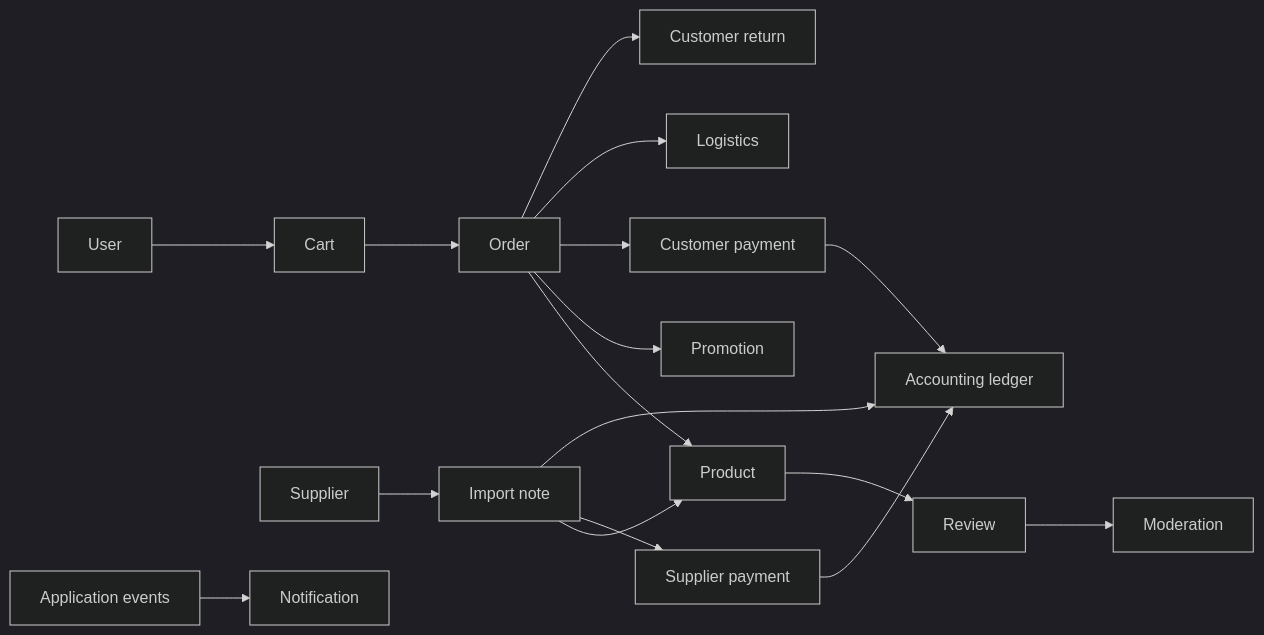
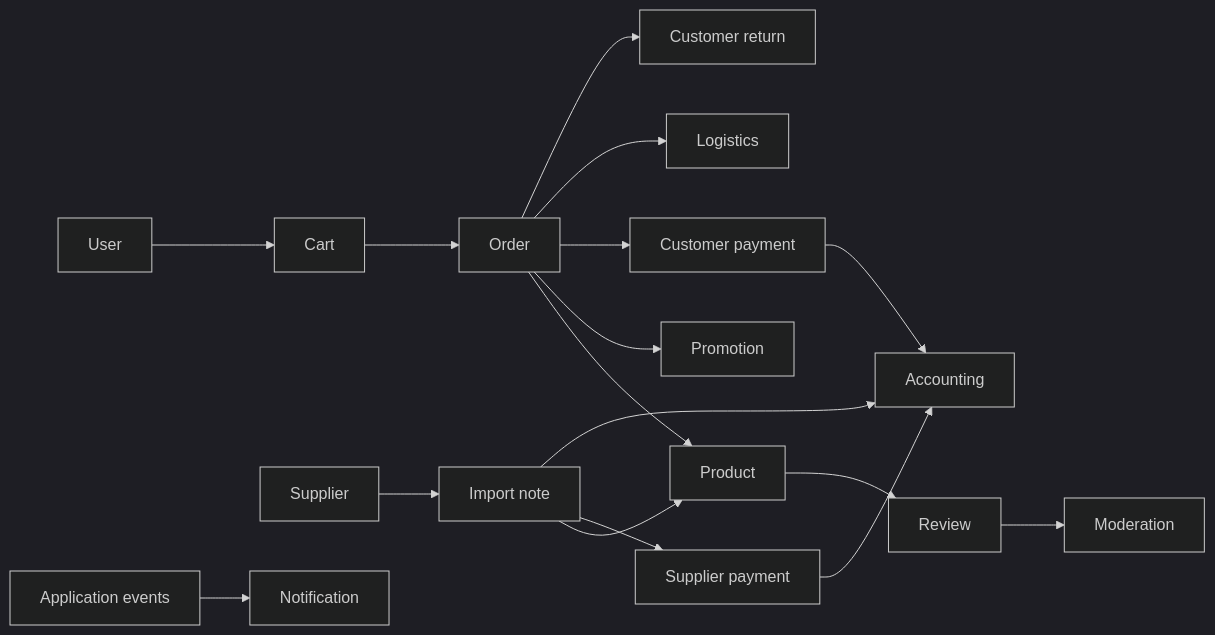
One commit to HuyNguyxn/newToyStore changed the diagram in new_toy_store/README.md. Above: the diagram before and after it, drawn with Mermaid (dark theme). The commit also changed other lines of this file and 38 other files, not shown here.

````diff
--- a/new_toy_store/README.md
+++ b/new_toy_store/README.md
@@ -93,16 +94,16 @@
 ```mermaid
 flowchart LR
     User --> Cart --> Order
     Order --> Product
     Order --> Promotion
     Order --> Payment["Customer payment"]
     Order --> Logistics
     Order --> Return["Customer return"]
     Supplier --> Import["Import note"] --> Product
     Import --> Payable["Supplier payment"]
-    Payment --> Accounting["Accounting ledger"]
+    Product --> Review --> Moderation
+    Events["Application events"] --> Notification
+    Payment --> Accounting
     Import --> Accounting
     Payable --> Accounting
-    Product --> Review --> Moderation
-    Events["Application events"] --> Notification
 ```
````
